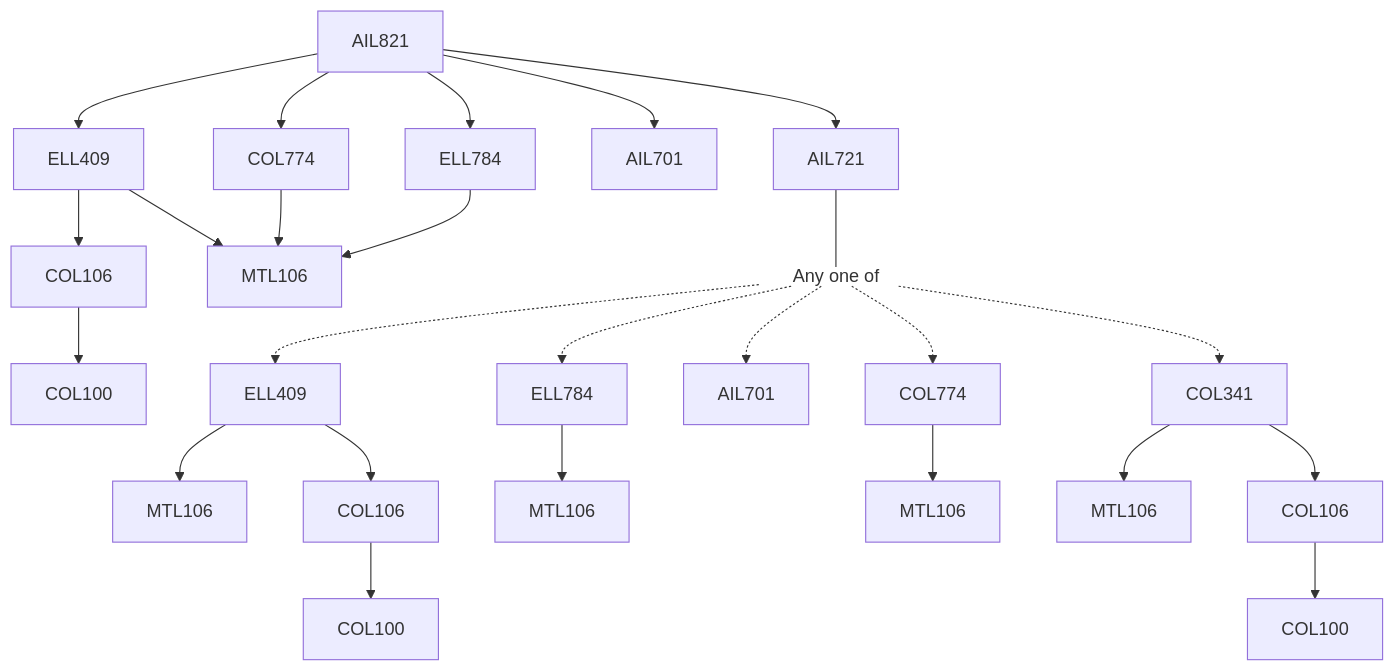
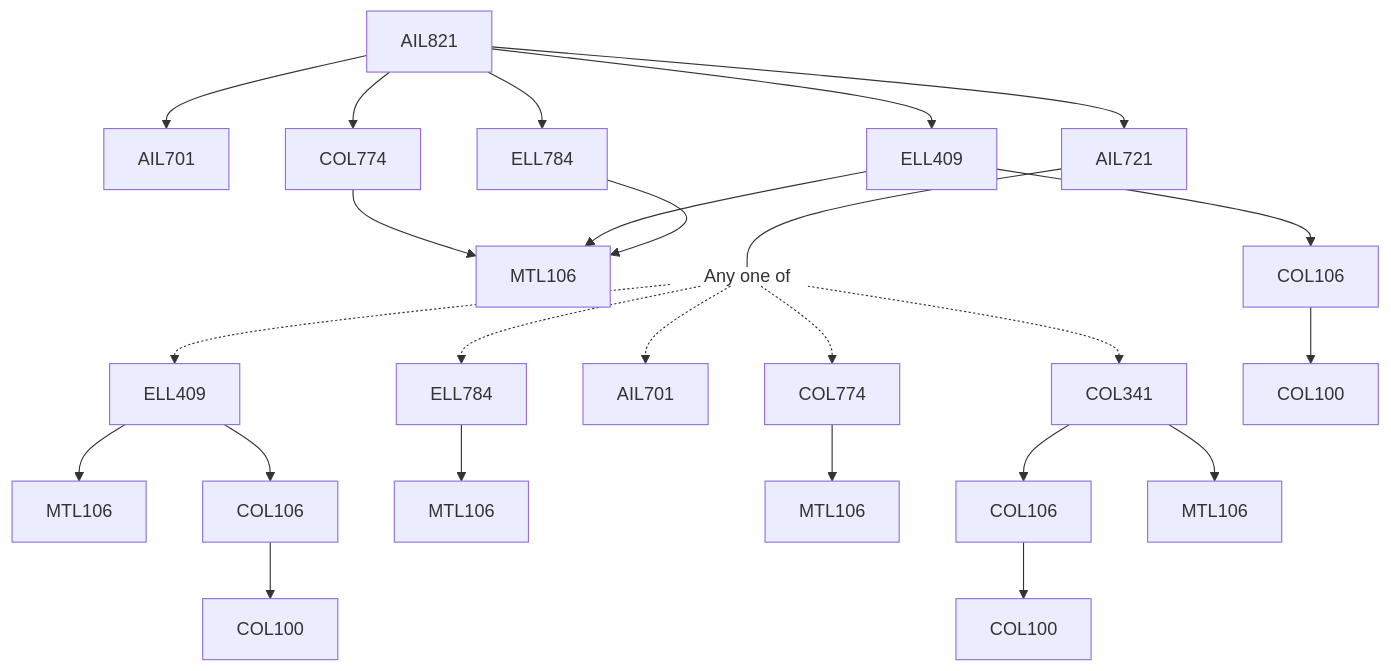
The diagram in content/School of Artificial Intelligence/AIL821.md (KeshavBansal0122/CoS_Website), drawn with Mermaid before and after one commit. The commit also changed other lines of this file and 392 other files, not shown here.

````diff
--- a/content/School of Artificial Intelligence/AIL821.md
+++ b/content/School of Artificial Intelligence/AIL821.md
@@ -13,31 +13,31 @@
 ```mermaid
 flowchart TD
 AIL821-6[AIL821]
+AIL821-6 --> AIL701-6[AIL701]
 AIL821-6 --> COL774-6[COL774]
-ELL409-6 --> COL106-6[COL106]
-ELL784-6 --> MTL106-6[MTL106]
-AIL821-6 --> AIL701-6[AIL701]
-AIL821-6 --> ELL409-6[ELL409]
-COL106-6 --> COL100-6[COL100]
+COL774-6 --> MTL106-6[MTL106]
+AIL821-6 --> AIL721-6[AIL721]
 AIL721-6 --- Or7[Any one of]:::empty
+Or7 -.-> ELL409-8[ELL409]
 ELL409-8 --> MTL106-8[MTL106]
-Or7 -.-> ELL409-8[ELL409]
 ELL409-8 --> COL106-8[COL106]
 COL106-8 --> COL100-8[COL100]
+ELL784-9 --> MTL106-9[MTL106]
 Or7 -.-> ELL784-9[ELL784]
-ELL784-9 --> MTL106-9[MTL106]
 Or7 -.-> AIL701-10[AIL701]
 Or7 -.-> COL774-11[COL774]
 COL774-11 --> MTL106-11[MTL106]
-COL341-12 --> MTL106-12[MTL106]
-COL106-12 --> COL100-12[COL100]
 COL341-12 --> COL106-12[COL106]
 Or7 -.-> COL341-12[COL341]
-AIL821-6 --> AIL721-6[AIL721]
+COL106-12 --> COL100-12[COL100]
+COL341-12 --> MTL106-12[MTL106]
+ELL409-6 --> COL106-6[COL106]
+ELL409-6 --> MTL106-6[MTL106]
+AIL821-6 --> ELL409-6[ELL409]
 AIL821-6 --> ELL784-6[ELL784]
-COL774-6 --> MTL106-6[MTL106]
-ELL409-6 --> MTL106-6[MTL106]
+COL106-6 --> COL100-6[COL100]
+ELL784-6 --> MTL106-6[MTL106]
 
 classDef empty height:17px, fill:transparent, stroke:transparent;
 classDef trueEmpty height:0px, width:0px;
 ```
````
